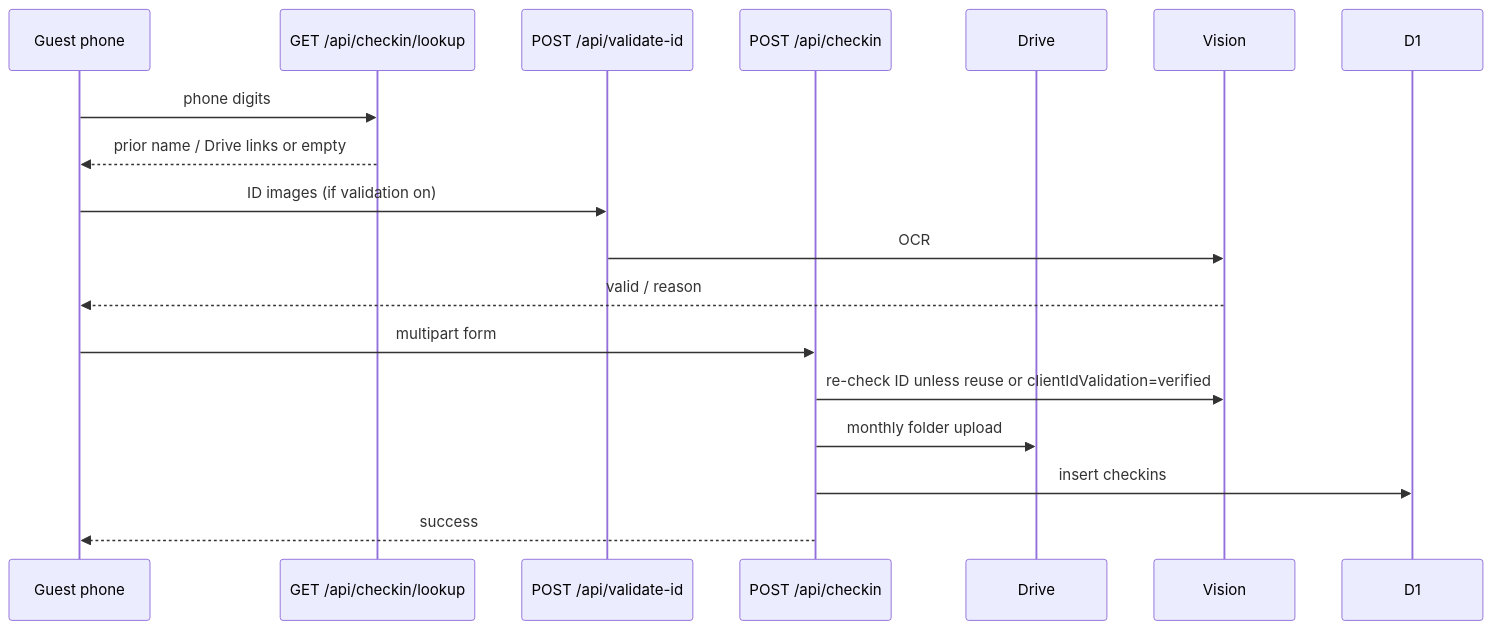
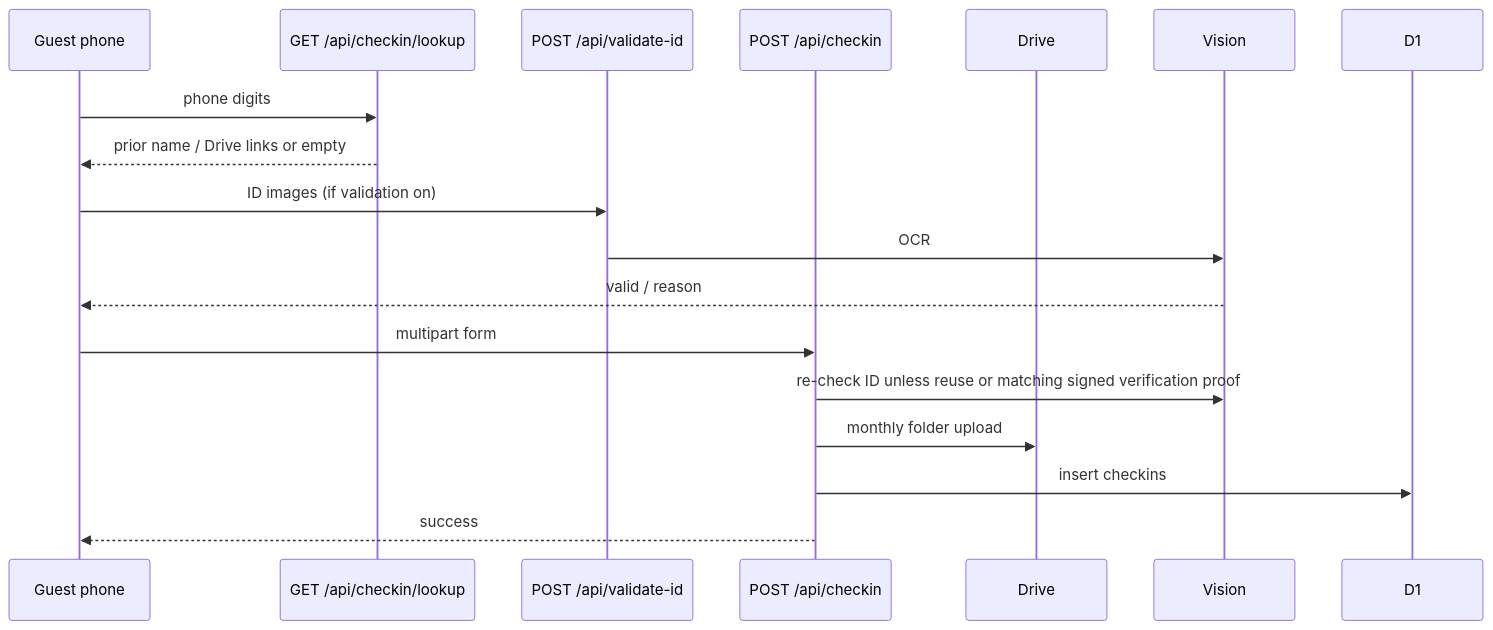
Before and after one commit to thegokosocial/GokoHostelWebpages: the second of 2 diagrams in docs/flows-guest-checkin.md, drawn with Mermaid. The commit also changed other lines of this file and 18 other files, not shown here.

Commit message:
Harden self check-in ID validation

````diff
--- a/docs/flows-guest-checkin.md
+++ b/docs/flows-guest-checkin.md
@@ -22,20 +22,20 @@
 ```mermaid
 sequenceDiagram
   participant G as Guest phone
   participant L as GET /api/checkin/lookup
   participant V as POST /api/validate-id
   participant C as POST /api/checkin
   participant D as Drive
   participant VIS as Vision
   participant DB as D1
   G->>L: phone digits
   L-->>G: prior name / Drive links or empty
   G->>V: ID images (if validation on)
   V->>VIS: OCR
   VIS-->>G: valid / reason
   G->>C: multipart form
-  C->>VIS: re-check ID unless reuse or clientIdValidation=verified
+  C->>VIS: re-check ID unless reuse or matching signed verification proof
   C->>D: monthly folder upload
   C->>DB: insert checkins
   C-->>G: success
 ```
````
